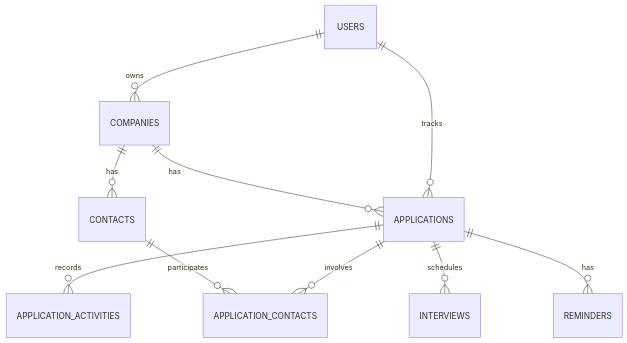
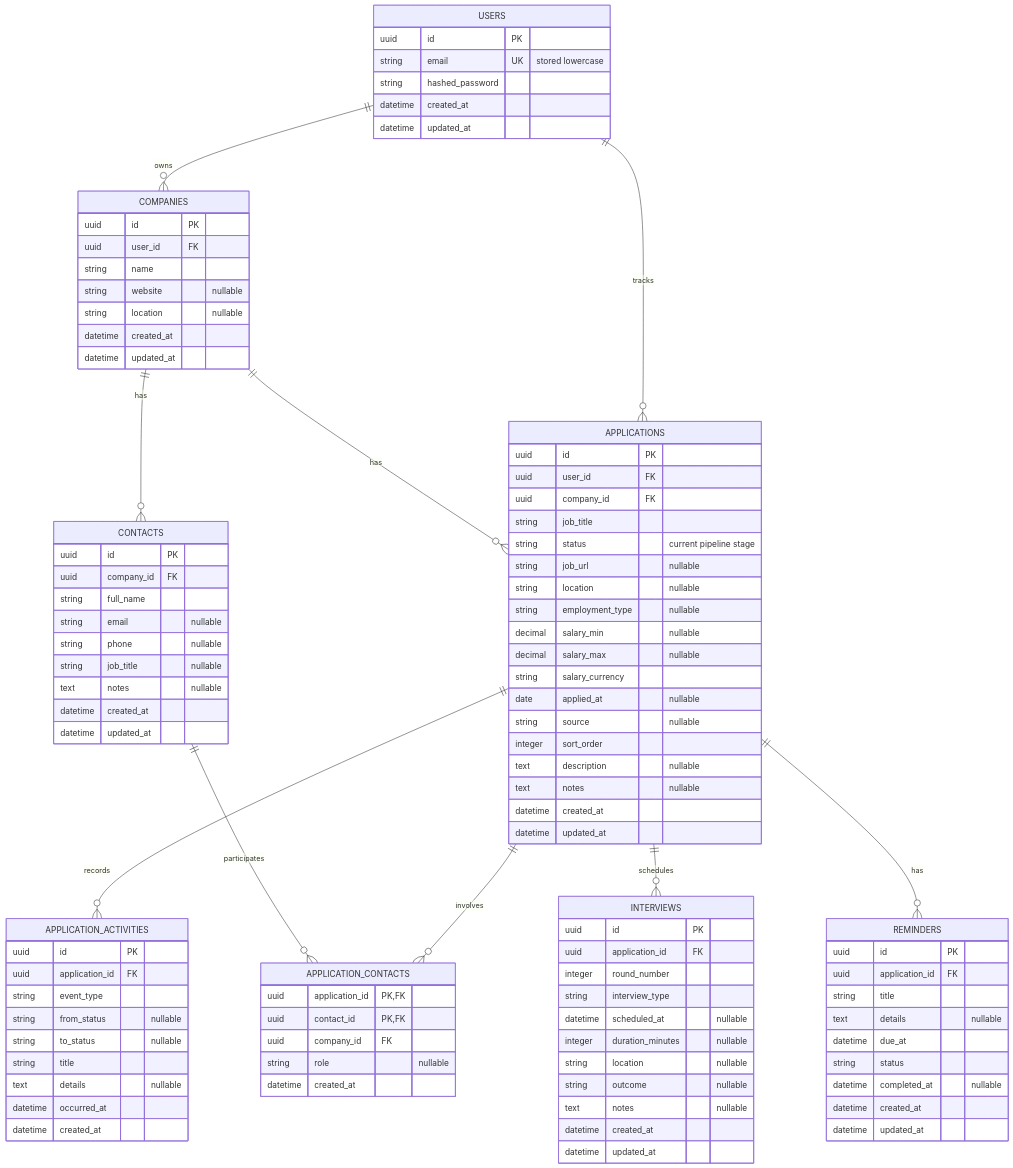
Before and after one commit to AndreiApanel/Job_Tracker: the diagram in docs/data-model.md, drawn with Mermaid. The commit also changed other lines of this file, not shown here.

````diff
--- a/docs/data-model.md
+++ b/docs/data-model.md
@@ -20,5 +19,95 @@
 ```mermaid
 erDiagram
+    USERS {
+        uuid id PK
+        string email UK "stored lowercase"
+        string hashed_password
+        datetime created_at
+        datetime updated_at
+    }
+    COMPANIES {
+        uuid id PK
+        uuid user_id FK
+        string name
+        string website "nullable"
+        string location "nullable"
+        datetime created_at
+        datetime updated_at
+    }
+    APPLICATIONS {
+        uuid id PK
+        uuid user_id FK
+        uuid company_id FK
+        string job_title
+        string status "current pipeline stage"
+        string job_url "nullable"
+        string location "nullable"
+        string employment_type "nullable"
+        decimal salary_min "nullable"
+        decimal salary_max "nullable"
+        string salary_currency
+        date applied_at "nullable"
+        string source "nullable"
+        integer sort_order
+        text description "nullable"
+        text notes "nullable"
+        datetime created_at
+        datetime updated_at
+    }
+    APPLICATION_ACTIVITIES {
+        uuid id PK
+        uuid application_id FK
+        string event_type
+        string from_status "nullable"
+        string to_status "nullable"
+        string title
+        text details "nullable"
+        datetime occurred_at
+        datetime created_at
+    }
+    CONTACTS {
+        uuid id PK
+        uuid company_id FK
+        string full_name
+        string email "nullable"
+        string phone "nullable"
+        string job_title "nullable"
+        text notes "nullable"
+        datetime created_at
+        datetime updated_at
+    }
+    APPLICATION_CONTACTS {
+        uuid application_id PK, FK
+        uuid contact_id PK, FK
+        uuid company_id FK
+        string role "nullable"
+        datetime created_at
+    }
+    INTERVIEWS {
+        uuid id PK
+        uuid application_id FK
+        integer round_number
+        string interview_type
+        datetime scheduled_at "nullable"
+        integer duration_minutes "nullable"
+        string location "nullable"
+        string outcome "nullable"
+        text notes "nullable"
+        datetime created_at
+        datetime updated_at
+    }
+    REMINDERS {
+        uuid id PK
+        uuid application_id FK
+        string title
+        text details "nullable"
+        datetime due_at
+        string status
+        datetime completed_at "nullable"
+        datetime created_at
+        datetime updated_at
+    }
+
     USERS ||--o{ COMPANIES : owns
     USERS ||--o{ APPLICATIONS : tracks
     COMPANIES ||--o{ APPLICATIONS : has
````
